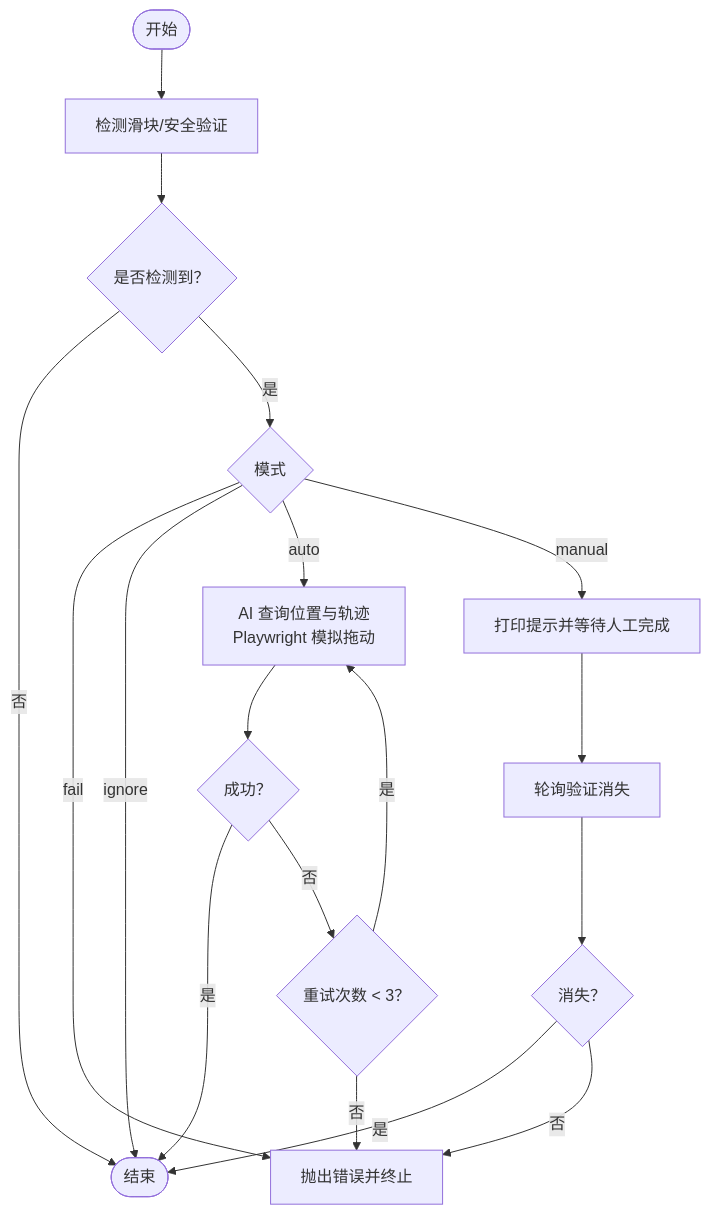
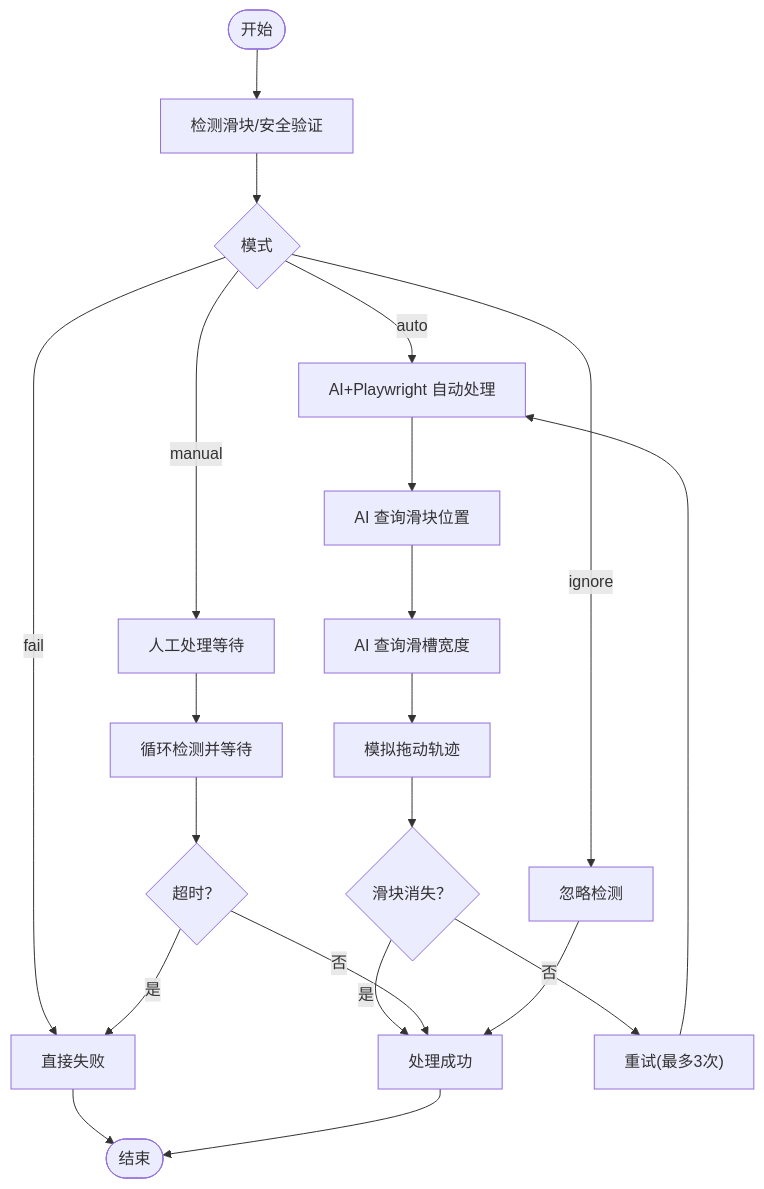
The third of 4 diagrams in .qoder/repowiki/zh/content/快速开始.md (Jiane-EJ/playwright-mind), drawn with Mermaid before and after one commit. The commit also changed other lines of this file and 151 other files, not shown here.

````diff
--- a/.qoder/repowiki/zh/content/快速开始.md
+++ b/.qoder/repowiki/zh/content/快速开始.md
@@ -184,20 +230,23 @@
 ```mermaid
 flowchart TD
-S(["开始"]) --> Detect["检测滑块/安全验证"]
-Detect --> Found{"是否检测到？"}
-Found --> |否| End(["结束"])
-Found --> |是| Mode{"模式"}
-Mode --> |fail| Throw["抛出错误并终止"]
-Mode --> |ignore| End
-Mode --> |auto| Auto["AI 查询位置与轨迹<br/>Playwright 模拟拖动"]
-Mode --> |manual| Manual["打印提示并等待人工完成"]
-Auto --> Retry{"成功？"}
-Retry --> |是| End
-Retry --> |否| Times{"重试次数 < 3？"}
-Times --> |是| Auto
-Times --> |否| Throw
-Manual --> Wait["轮询验证消失"]
-Wait --> Done{"消失？"}
-Done --> |是| End
-Done --> |否| Throw
+Start(["开始"]) --> Detect["检测滑块/安全验证"]
+Detect --> Mode{"模式"}
+Mode --> |ignore| Skip["忽略检测"]
+Mode --> |fail| Fail["直接失败"]
+Mode --> |auto| Auto["AI+Playwright 自动处理"]
+Mode --> |manual| Manual["人工处理等待"]
+Auto --> QueryPos["AI 查询滑块位置"]
+QueryPos --> QueryTrack["AI 查询滑槽宽度"]
+QueryTrack --> Drag["模拟拖动轨迹"]
+Drag --> Verify{"滑块消失？"}
+Verify --> |是| Done["处理成功"]
+Verify --> |否| Retry["重试(最多3次)"]
+Retry --> Auto
+Manual --> Wait["循环检测并等待"]
+Wait --> Timeout{"超时？"}
+Timeout --> |否| Done
+Timeout --> |是| Fail
+Skip --> Done
+Fail --> End(["结束"])
+Done --> End
 ```
````
